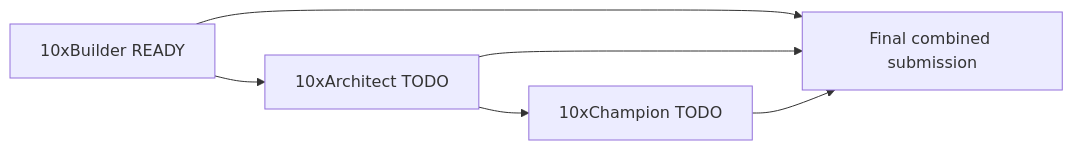
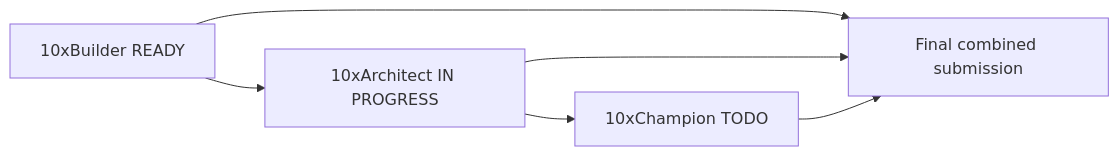
One commit to szymoniwacz/safelog-ai changed the diagram in context/certification/certification-readiness.md. Above: the diagram before and after it, drawn with Mermaid. The commit also changed other lines of this file and 1 other file, not shown here.

````diff
--- a/context/certification/certification-readiness.md
+++ b/context/certification/certification-readiness.md
@@ -26,8 +26,8 @@
 ```mermaid
 flowchart LR
-  B[10xBuilder READY] --> A[10xArchitect TODO]
+  B[10xBuilder READY] --> A[10xArchitect IN PROGRESS]
   A --> C[10xChampion TODO]
   B --> S[Final combined submission]
   A --> S
   C --> S
 ```
````
